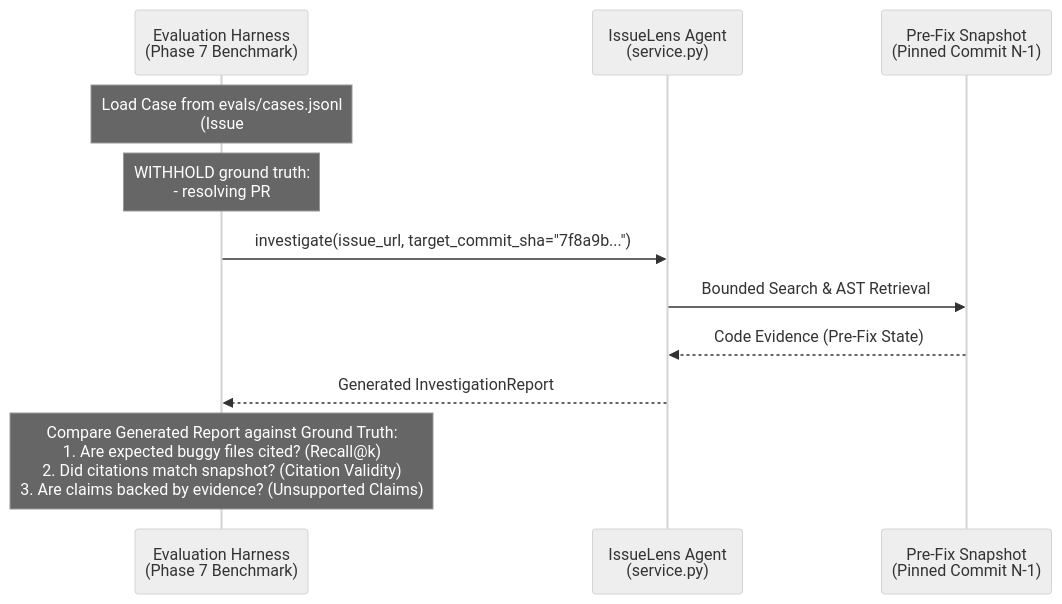
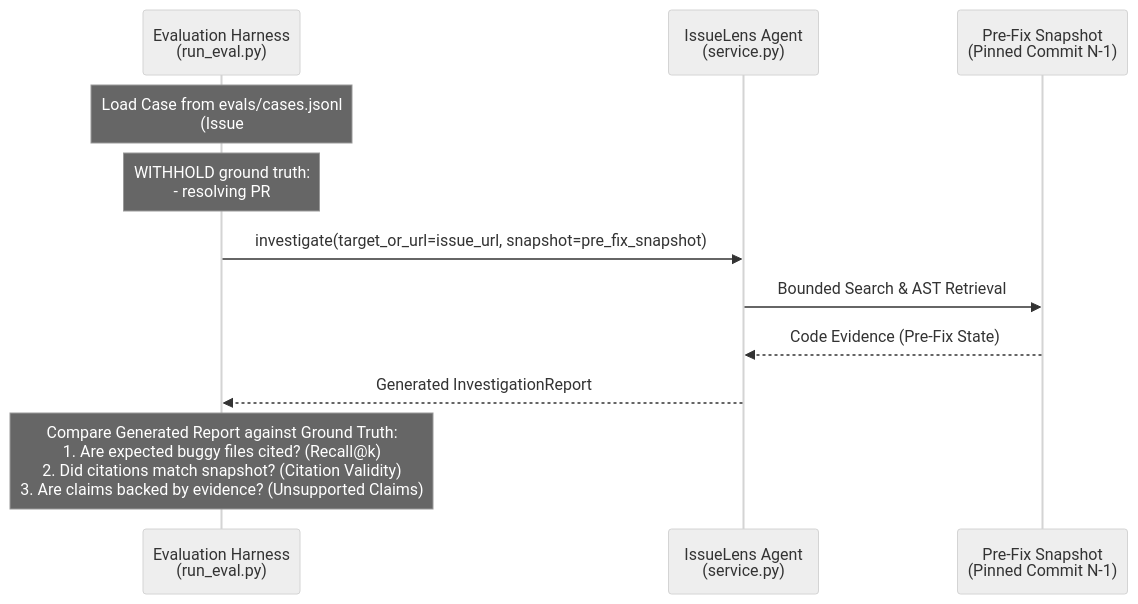
Before and after one commit to vishwaskotegar/Issuelens: the second of 2 diagrams in docs/architecture/testing-and-evaluation.md, drawn with Mermaid (neutral theme). The commit also changed other lines of this file and 4 other files, not shown here.

Commit message:
docs: update architecture, learning guide, and build log for Phase 7

````diff
--- a/docs/architecture/testing-and-evaluation.md
+++ b/docs/architecture/testing-and-evaluation.md
@@ -110,16 +110,16 @@
 ```mermaid
 sequenceDiagram
-    participant EvalHarness as Evaluation Harness<br/>(Phase 7 Benchmark)
+    participant EvalHarness as Evaluation Harness<br/>(run_eval.py)
     participant Agent as IssueLens Agent<br/>(service.py)
     participant Repo as Pre-Fix Snapshot<br/>(Pinned Commit N-1)
 
     Note over EvalHarness: Load Case from evals/cases.jsonl<br/>(Issue #123, Pre-Fix SHA: 7f8a9b...)
     Note over EvalHarness: WITHHOLD ground truth:<br/>- resolving PR #125<br/>- fix commit 8e9f0a...<br/>- post-fix comments
     
-    EvalHarness->>Agent: investigate(issue_url, target_commit_sha="7f8a9b...")
+    EvalHarness->>Agent: investigate(target_or_url=issue_url, snapshot=pre_fix_snapshot)
     Agent->>Repo: Bounded Search & AST Retrieval
     Repo-->>Agent: Code Evidence (Pre-Fix State)
     Agent-->>EvalHarness: Generated InvestigationReport
     
     Note over EvalHarness: Compare Generated Report against Ground Truth:<br/>1. Are expected buggy files cited? (Recall@k)<br/>2. Did citations match snapshot? (Citation Validity)<br/>3. Are claims backed by evidence? (Unsupported Claims)
 ```
````
